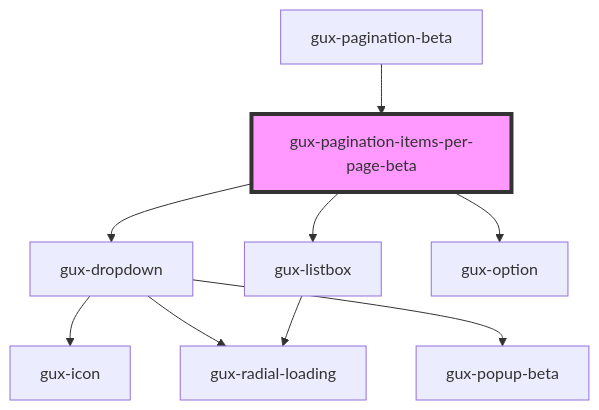
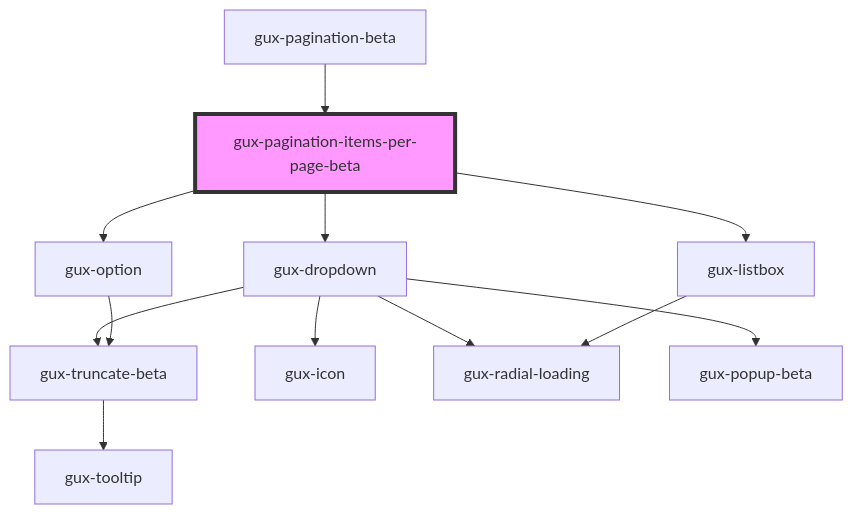
The diagram in packages/genesys-spark-components/src/components/beta/gux-pagination-beta/gux-pagination-items-per-page-beta/readme.md (MyPureCloud/genesys-spark), drawn with Mermaid before and after one commit. The commit also changed 23 other files, not shown here.

First line of the commit message:
fix(gux-dropdown): truncate long text and show tooltip (#1237)

````diff
--- a/packages/genesys-spark-components/src/components/beta/gux-pagination-beta/gux-pagination-items-per-page-beta/readme.md
+++ b/packages/genesys-spark-components/src/components/beta/gux-pagination-beta/gux-pagination-items-per-page-beta/readme.md
@@ -36,12 +36,15 @@
 ```mermaid
 graph TD;
   gux-pagination-items-per-page-beta --> gux-dropdown
   gux-pagination-items-per-page-beta --> gux-listbox
   gux-pagination-items-per-page-beta --> gux-option
+  gux-dropdown --> gux-truncate-beta
   gux-dropdown --> gux-icon
   gux-dropdown --> gux-radial-loading
   gux-dropdown --> gux-popup-beta
+  gux-truncate-beta --> gux-tooltip
   gux-listbox --> gux-radial-loading
+  gux-option --> gux-truncate-beta
   gux-pagination-beta --> gux-pagination-items-per-page-beta
   style gux-pagination-items-per-page-beta fill:#f9f,stroke:#333,stroke-width:4px
 ```
````
